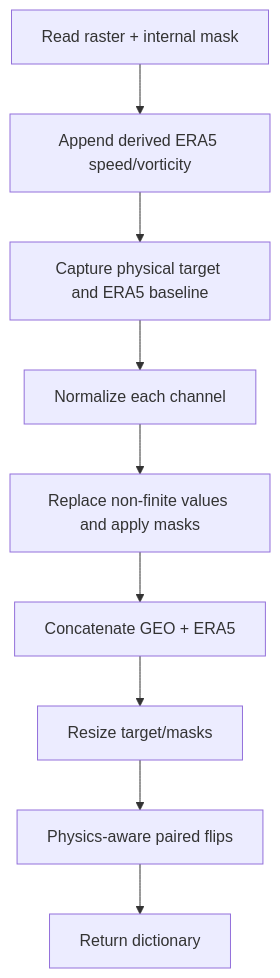
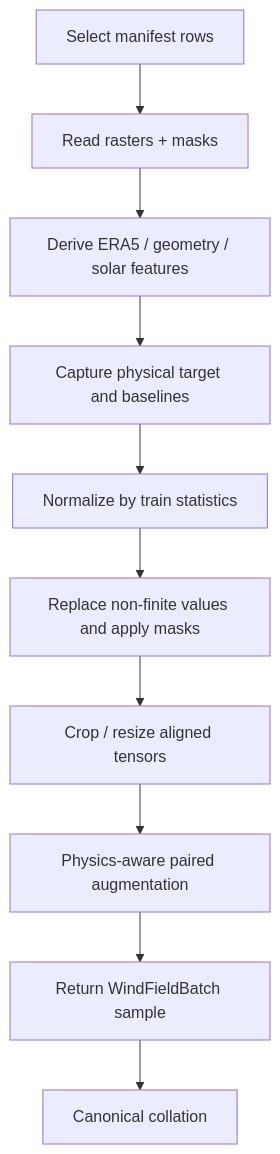
One commit to simon-donike/geo2wf changed the diagram in docs/data/dataset-contract.md. Above: the diagram before and after it, drawn with Mermaid. The commit also changed other lines of this file and 115 other files, not shown here.

````diff
--- a/docs/data/dataset-contract.md
+++ b/docs/data/dataset-contract.md
@@ -51,11 +75,12 @@
 ```mermaid
 graph TD
-  A[Read raster + internal mask] --> B[Append derived ERA5 speed/vorticity]
-  B --> C[Capture physical target and ERA5 baseline]
-  C --> D[Normalize each channel]
-  D --> E[Replace non-finite values and apply masks]
-  E --> F[Concatenate GEO + ERA5]
-  F --> G[Resize target/masks]
-  G --> H[Physics-aware paired flips]
-  H --> I[Return dictionary]
+  A[Select manifest rows] --> B[Read rasters + masks]
+  B --> C[Derive ERA5 / geometry / solar features]
+  C --> D[Capture physical target and baselines]
+  D --> E[Normalize by train statistics]
+  E --> F[Replace non-finite values and apply masks]
+  F --> G[Crop / resize aligned tensors]
+  G --> H[Physics-aware paired augmentation]
+  H --> I[Return WindFieldBatch sample]
+  I --> J[Canonical collation]
 ```
````
